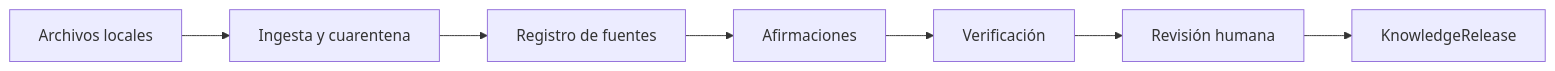
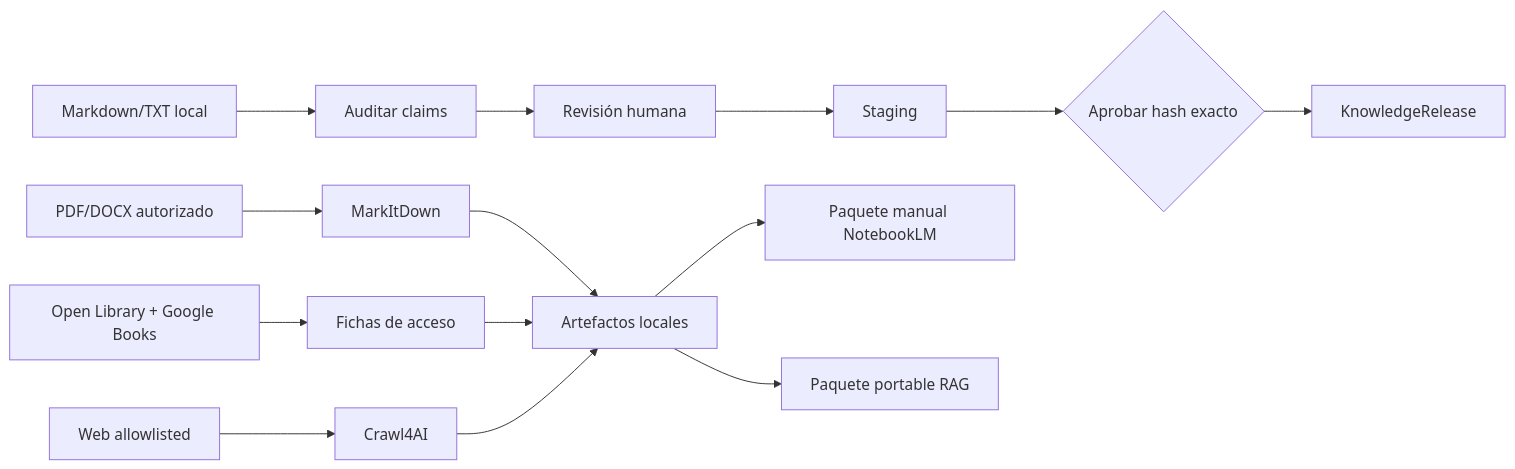
Before and after one commit to Cristrva1/BL_Loops: the diagram in 13-sales-knowledge-curator/docs/humano/README.md, drawn with Mermaid. The commit also changed other lines of this file and 89 other files, not shown here.

````diff
--- a/13-sales-knowledge-curator/docs/humano/README.md
+++ b/13-sales-knowledge-curator/docs/humano/README.md
@@ -20,9 +11,17 @@
 ```mermaid
 flowchart LR
-    A[Archivos locales] --> Q[Ingesta y cuarentena]
-    Q --> S[Registro de fuentes]
-    S --> X[Afirmaciones]
-    X --> V[Verificación]
-    V --> H[Revisión humana]
-    H --> R[KnowledgeRelease]
+    L[Markdown/TXT local] --> A[Auditar claims]
+    A --> H[Revisión humana]
+    H --> S[Staging]
+    S --> C{Aprobar hash exacto}
+    C --> R[KnowledgeRelease]
+
+    D[PDF/DOCX autorizado] --> M[MarkItDown]
+    O[Open Library + Google Books] --> B[Fichas de acceso]
+    W[Web allowlisted] --> X[Crawl4AI]
+    M --> E[Artefactos locales]
+    B --> E
+    X --> E
+    E --> N[Paquete manual NotebookLM]
+    E --> P[Paquete portable RAG]
 ```
````
